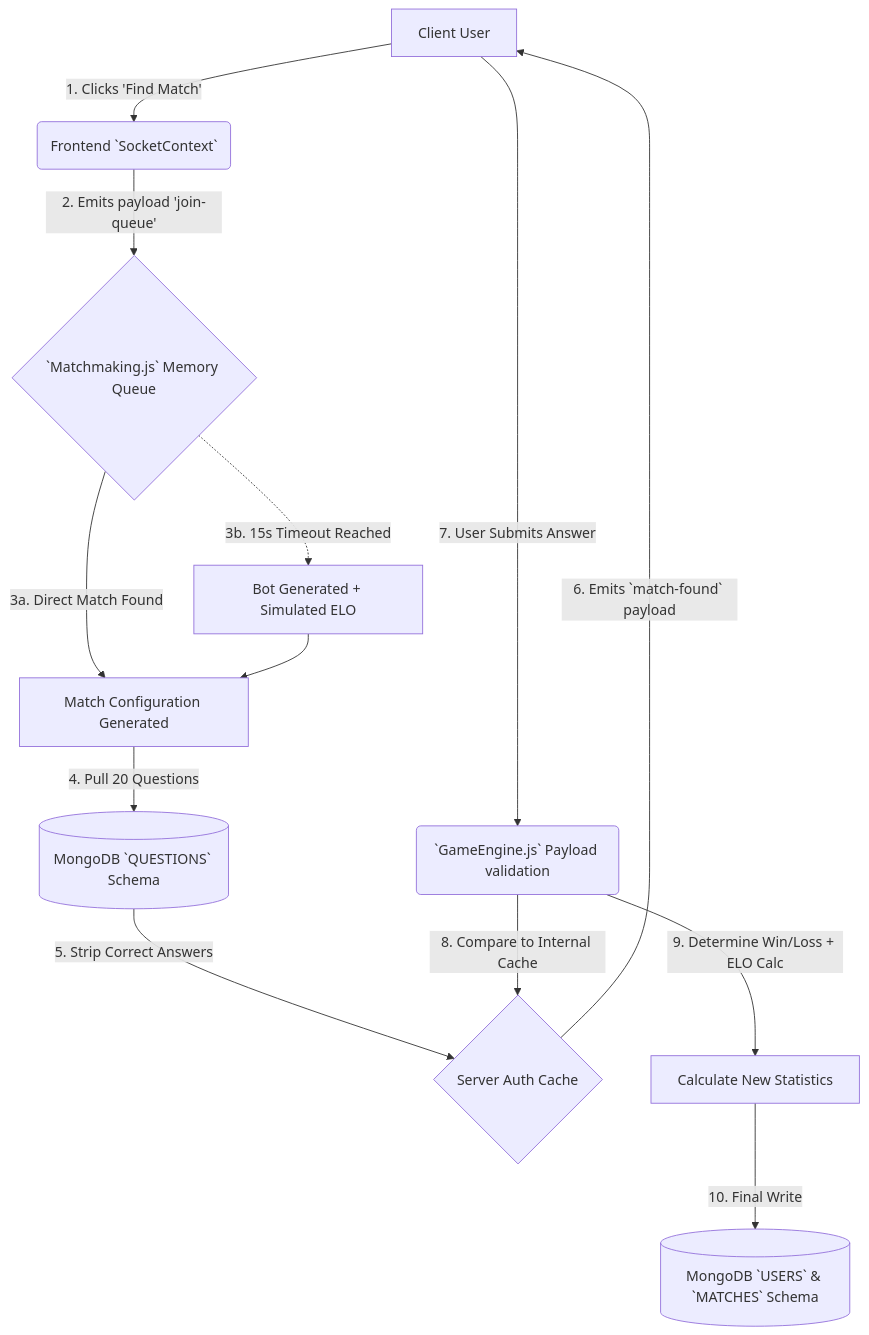
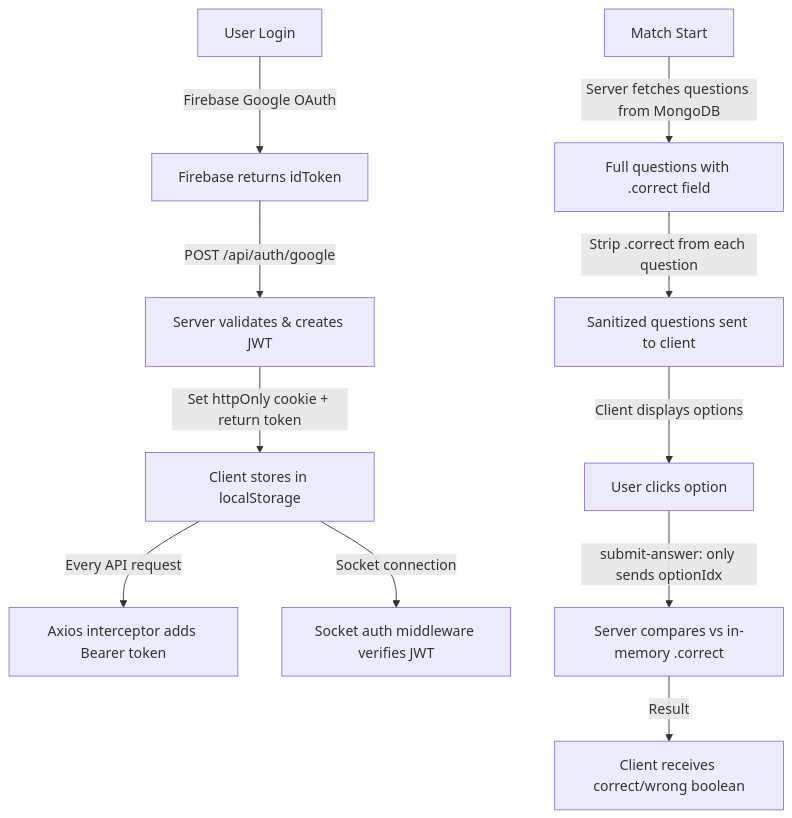
One commit to sherlock-hashed/LunchBreak changed the seventh of 7 diagrams in README.md. Above: the diagram before and after it, drawn with Mermaid. The commit also changed other lines of this file and 1 other file, not shown here.

````diff
--- a/README.md
+++ b/README.md
@@ -142,19 +601,14 @@
 ```mermaid
 flowchart TD
-    A[Client User] -->|1. Clicks 'Find Match'| B(Frontend `SocketContext`)
-    B -->|2. Emits payload 'join-queue'| C{`Matchmaking.js` Memory Queue}
-    
-    C -- "3a. Direct Match Found" --> D[Match Configuration Generated]
-    C -.->|3b. 15s Timeout Reached| E[Bot Generated + Simulated ELO]
-    E --> D
-    
-    D -->|4. Pull 20 Questions| F[(MongoDB `QUESTIONS` Schema)]
-    F -->|5. Strip Correct Answers| G{Server Auth Cache}
-    
-    G -->|6. Emits `match-found` payload| A
-    
-    A -->|7. User Submits Answer| H(`GameEngine.js` Payload validation)
-    H -->|8. Compare to Internal Cache| G
-    H -->|9. Determine Win/Loss + ELO Calc| I[Calculate New Statistics]
-    I -->|10. Final Write| J[(MongoDB `USERS` & `MATCHES` Schema)]
+    A[User Login] -->|Firebase Google OAuth| B[Firebase returns idToken]
+    B -->|POST /api/auth/google| C[Server validates & creates JWT]
+    C -->|Set httpOnly cookie + return token| D[Client stores in localStorage]
+    D -->|Every API request| E[Axios interceptor adds Bearer token]
+    D -->|Socket connection| F[Socket auth middleware verifies JWT]
+
+    G[Match Start] -->|Server fetches questions from MongoDB| H[Full questions with .correct field]
+    H -->|Strip .correct from each question| I[Sanitized questions sent to client]
+    I -->|Client displays options| J[User clicks option]
+    J -->|submit-answer: only sends optionIdx| K[Server compares vs in-memory .correct]
+    K -->|Result| L[Client receives correct/wrong boolean]
 ```
````
